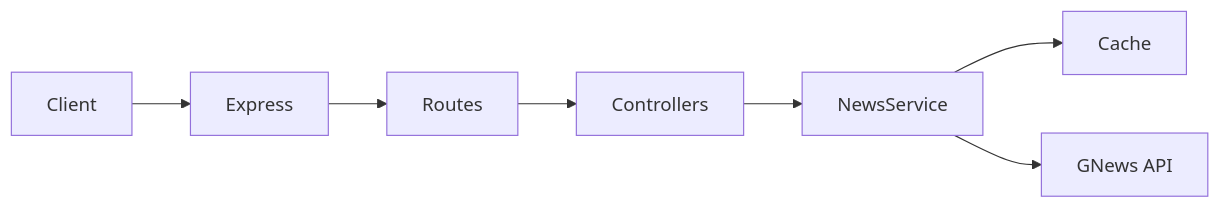
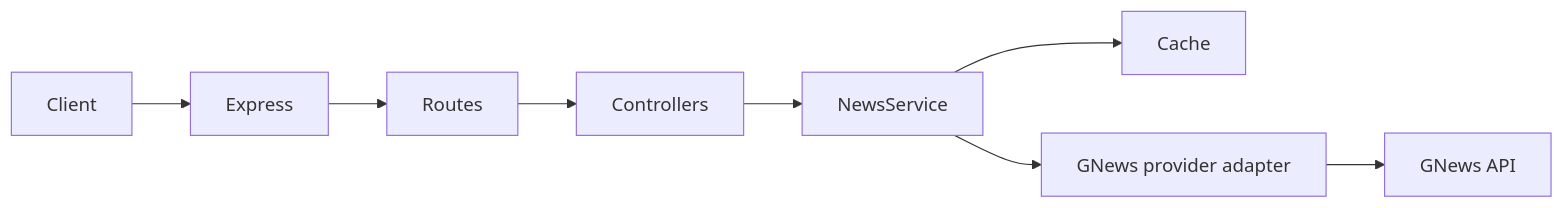
Before and after one commit to AlisinaDevelo/news-api: the first of 3 diagrams in docs/ARCHITECTURE.md, drawn with Mermaid. The commit also changed other lines of this file and 4 other files, not shown here.

Commit message:
refactor(provider): extract gnews adapter

````diff
--- a/docs/ARCHITECTURE.md
+++ b/docs/ARCHITECTURE.md
@@ -5,9 +5,10 @@
 ```mermaid
 flowchart LR
   Client --> Express
   Express --> Routes
   Routes --> Controllers
   Controllers --> NewsService
   NewsService --> Cache
-  NewsService --> GNews["GNews API"]
+  NewsService --> Provider["GNews provider adapter"]
+  Provider --> GNews["GNews API"]
 ```
````
